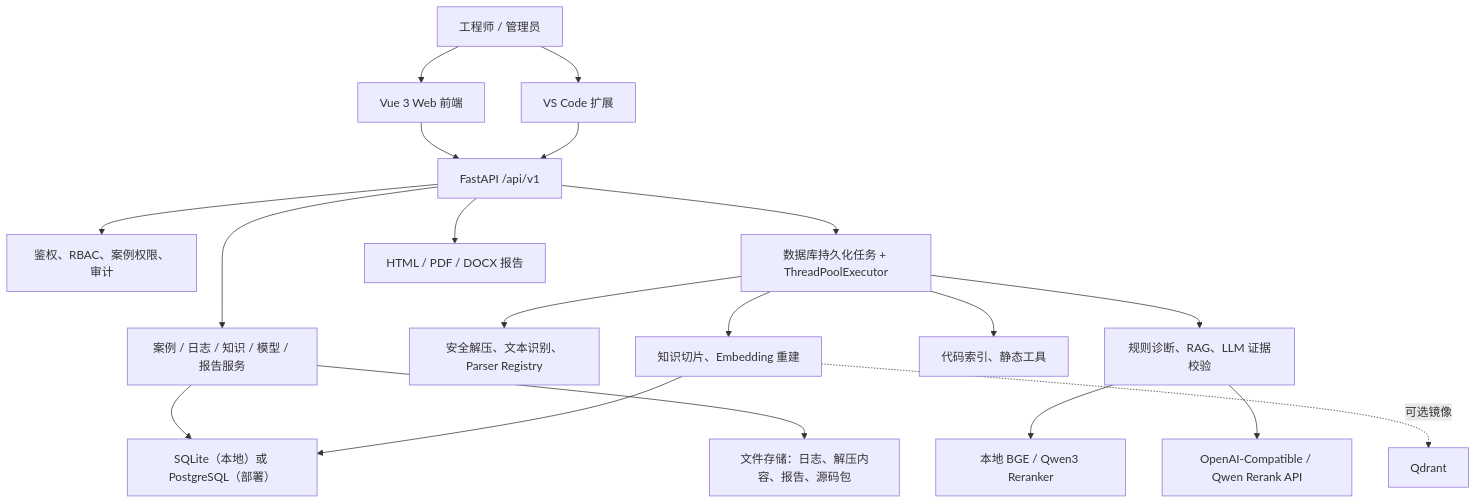
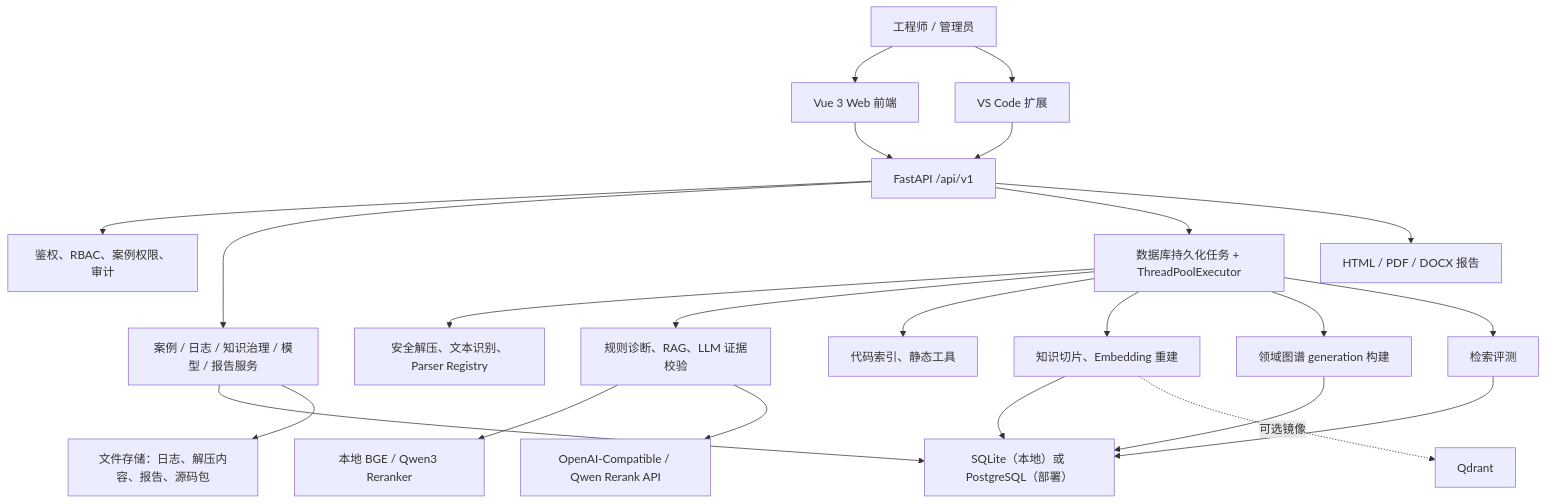
One commit to mrrabbitss/debug-platform changed the first of 4 diagrams in docs/project-architecture-and-evolution.md. Above: the diagram before and after it, drawn with Mermaid. The commit also changed other lines of this file and 35 other files, not shown here.

Commit message:
feat: add knowledge governance and GraphRAG evaluation

````diff
--- a/docs/project-architecture-and-evolution.md
+++ b/docs/project-architecture-and-evolution.md
@@ -22,26 +22,30 @@
 ```mermaid
 flowchart TB
     User["工程师 / 管理员"] --> Web["Vue 3 Web 前端"]
     User --> VSCode["VS Code 扩展"]
     Web --> API["FastAPI /api/v1"]
     VSCode --> API
 
     API --> Auth["鉴权、RBAC、案例权限、审计"]
-    API --> Domain["案例 / 日志 / 知识 / 模型 / 报告服务"]
+    API --> Domain["案例 / 日志 / 知识治理 / 模型 / 报告服务"]
     API --> Jobs["数据库持久化任务 + ThreadPoolExecutor"]
 
     Jobs --> Parse["安全解压、文本识别、Parser Registry"]
     Jobs --> Diagnose["规则诊断、RAG、LLM 证据校验"]
     Jobs --> Code["代码索引、静态工具"]
     Jobs --> Reindex["知识切片、Embedding 重建"]
+    Jobs --> Graph["领域图谱 generation 构建"]
+    Jobs --> Eval["检索评测"]
 
     Domain --> DB["SQLite（本地）或 PostgreSQL（部署）"]
     Domain --> Files["文件存储：日志、解压内容、报告、源码包"]
     Reindex --> DB
+    Graph --> DB
+    Eval --> DB
     Reindex -.可选镜像.-> Qdrant["Qdrant"]
 
     Diagnose --> LocalModels["本地 BGE / Qwen3 Reranker"]
     Diagnose --> ModelAPI["OpenAI-Compatible / Qwen Rerank API"]
 
     API --> Report["HTML / PDF / DOCX 报告"]
 ```
````
